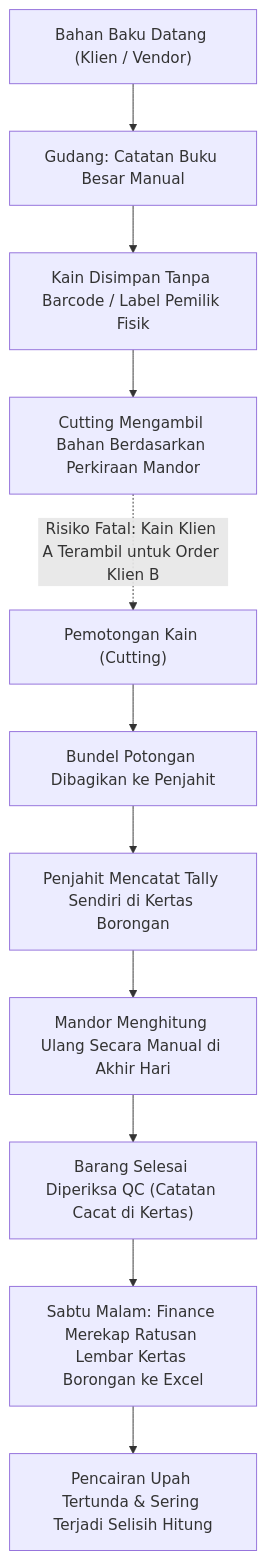
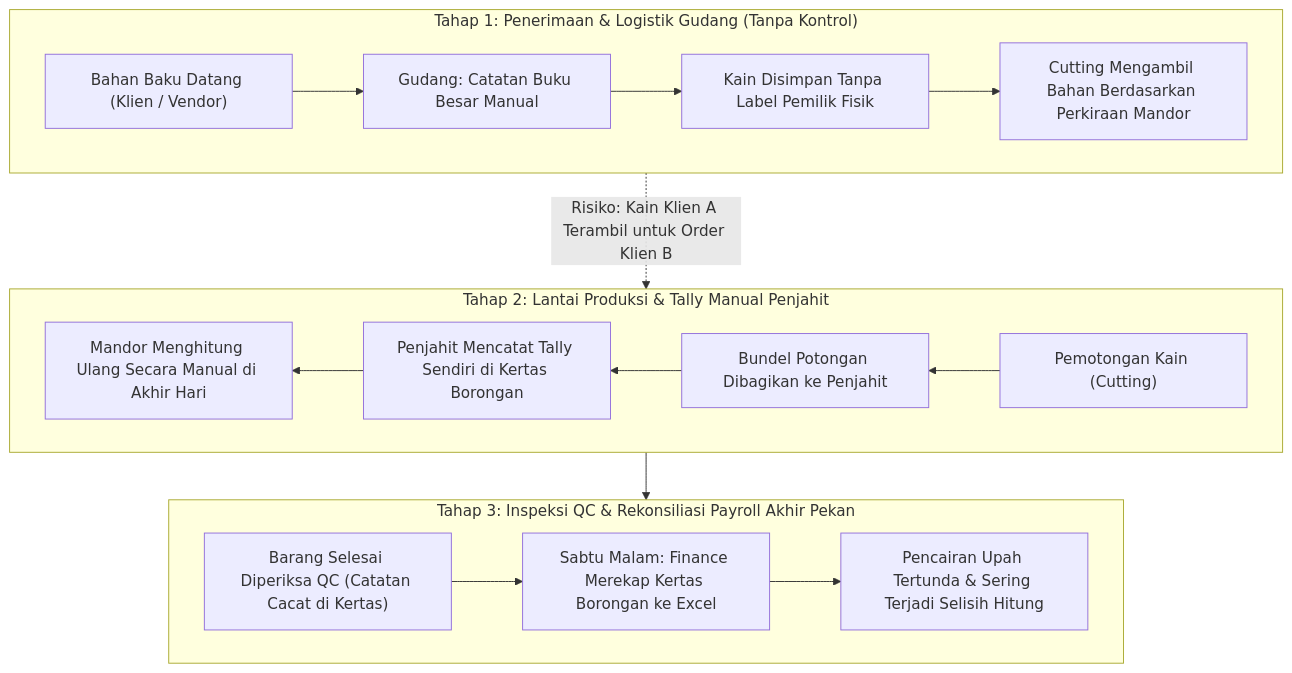
The first of 3 diagrams in openspec/changes/lukla-ops-engine-planning/Lukla Operations Engine - BRD v2.md (zadzanl/MAIN-Alkademi-kelompok12-lukla-textile-manufacturing), drawn with Mermaid before and after one commit. The commit also changed other lines of this file, not shown here.

````diff
--- a/openspec/changes/lukla-ops-engine-planning/Lukla Operations Engine - BRD v2.md
+++ b/openspec/changes/lukla-ops-engine-planning/Lukla Operations Engine - BRD v2.md
@@ -113,13 +114,25 @@
 ```mermaid
 flowchart TD
-    A["Bahan Baku Datang (Klien / Vendor)"] --> B["Gudang: Catatan Buku Besar Manual"]
-    B --> C["Kain Disimpan Tanpa Barcode / Label Pemilik Fisik"]
-    C --> D["Cutting Mengambil Bahan Berdasarkan Perkiraan Mandor"]
-    D -.->|Risiko Fatal: Kain Klien A Terambil untuk Order Klien B| E["Pemotongan Kain (Cutting)"]
-    E --> F["Bundel Potongan Dibagikan ke Penjahit"]
-    F --> G["Penjahit Mencatat Tally Sendiri di Kertas Borongan"]
-    G --> H["Mandor Menghitung Ulang Secara Manual di Akhir Hari"]
-    H --> I["Barang Selesai Diperiksa QC (Catatan Cacat di Kertas)"]
-    I --> J["Sabtu Malam: Finance Merekap Ratusan Lembar Kertas Borongan ke Excel"]
-    J --> K["Pencairan Upah Tertunda & Sering Terjadi Selisih Hitung"]
+    subgraph Row1 ["Tahap 1: Penerimaan & Logistik Gudang (Tanpa Kontrol)"]
+        direction LR
+        A["Bahan Baku Datang (Klien / Vendor)"] --> B["Gudang: Catatan Buku Besar Manual"]
+        B --> C["Kain Disimpan Tanpa Label Pemilik Fisik"]
+        C --> D["Cutting Mengambil Bahan Berdasarkan Perkiraan Mandor"]
+    end
+
+    subgraph Row2 ["Tahap 2: Lantai Produksi & Tally Manual Penjahit"]
+        direction RL
+        E["Pemotongan Kain (Cutting)"] --> F["Bundel Potongan Dibagikan ke Penjahit"]
+        F --> G["Penjahit Mencatat Tally Sendiri di Kertas Borongan"]
+        G --> H["Mandor Menghitung Ulang Secara Manual di Akhir Hari"]
+    end
+
+    subgraph Row3 ["Tahap 3: Inspeksi QC & Rekonsiliasi Payroll Akhir Pekan"]
+        direction LR
+        I["Barang Selesai Diperiksa QC (Catatan Cacat di Kertas)"] --> J["Sabtu Malam: Finance Merekap Kertas Borongan ke Excel"]
+        J --> K["Pencairan Upah Tertunda & Sering Terjadi Selisih Hitung"]
+    end
+
+    D -.->|Risiko: Kain Klien A Terambil untuk Order Klien B| E
+    H --> I
 ```
````
